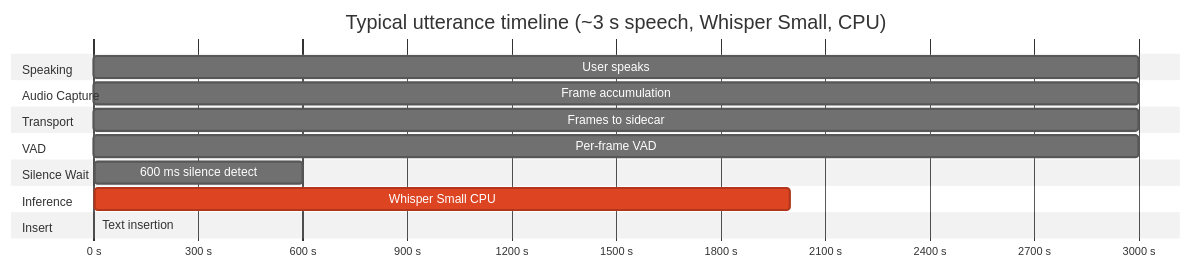
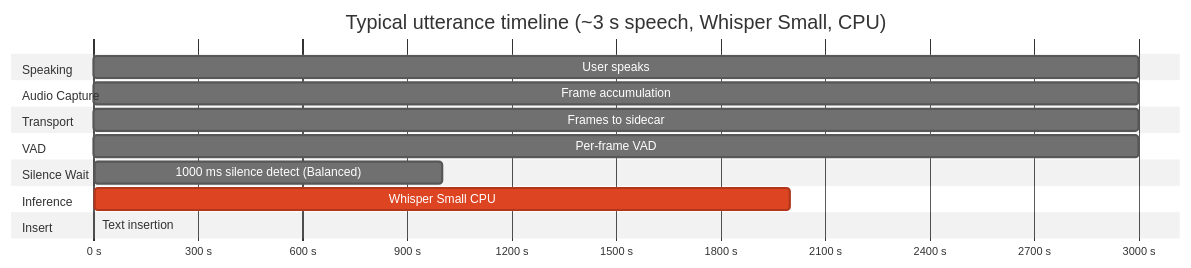
Before and after one commit to brittain9/obsidian-local-speech-to-text: the eighth of 8 diagrams in docs/architecture/system-architecture.md, drawn with Mermaid (neutral theme). The commit also changed other lines of this file and 2 other files, not shown here.

````diff
--- a/docs/architecture/system-architecture.md
+++ b/docs/architecture/system-architecture.md
@@ -366,27 +384,27 @@
 ```mermaid
 gantt
     title Typical utterance timeline (~3 s speech, Whisper Small, CPU)
     dateFormat X
     axisFormat %s s
 
     section Speaking
     User speaks           :a1, 0, 3000
 
     section Audio Capture
     Frame accumulation    :a2, 0, 3000
 
     section Transport
     Frames to sidecar     :a3, 20, 3000
 
     section VAD
     Per-frame VAD         :a4, 20, 3000
 
     section Silence Wait
-    600 ms silence detect :a5, 3000, 600
+    1000 ms silence detect (Balanced) :a5, 3000, 1000
 
     section Inference
-    Whisper Small CPU     :crit, a6, 3600, 2000
+    Whisper Small CPU     :crit, a6, 4000, 2000
 
     section Insert
     Text insertion        :a7, after a6, 10
 ```
````
